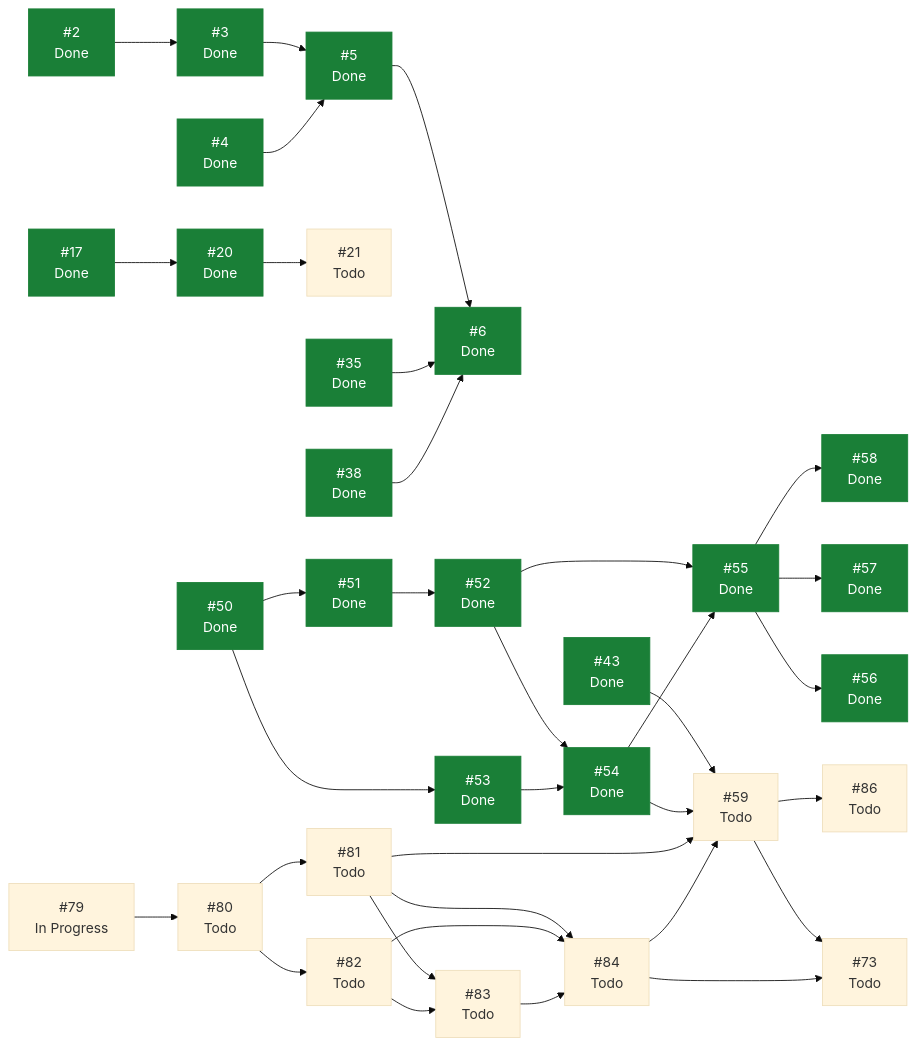
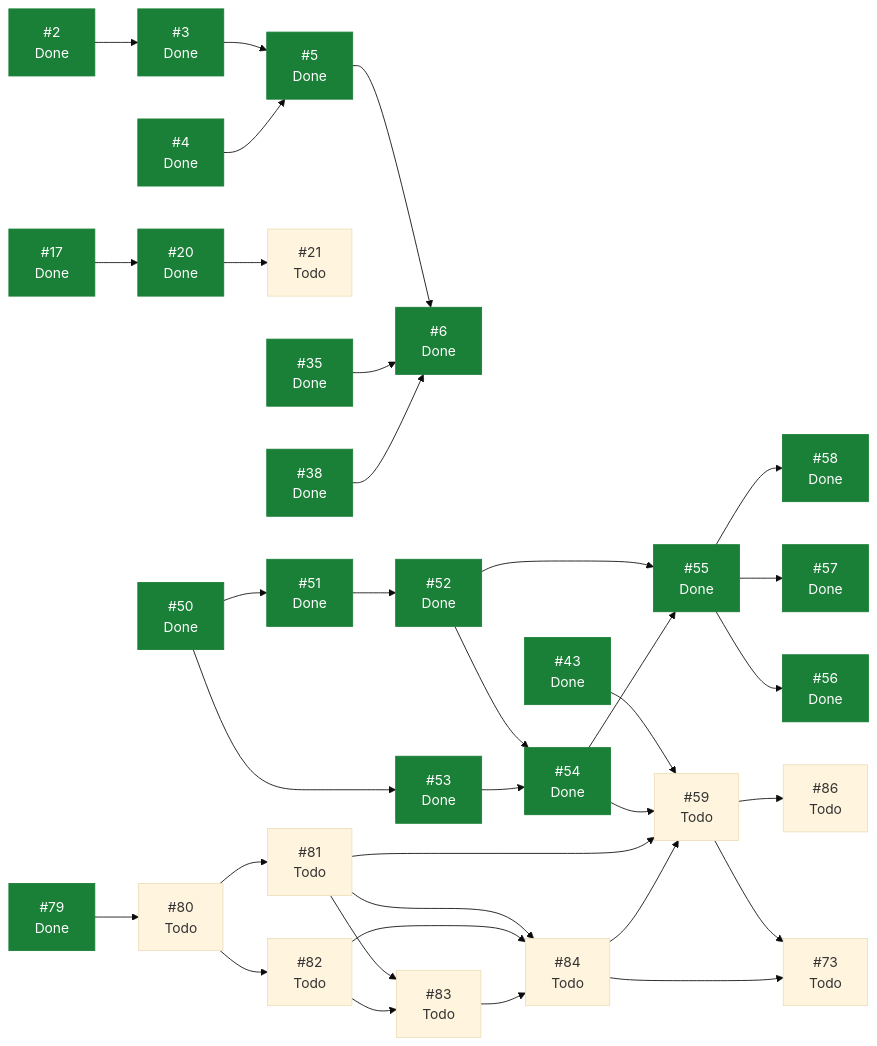
One commit to ecamp0s/evault changed the diagram in docs/planning/STATUS.md. Above: the diagram before and after it, drawn with Mermaid (base theme). The commit also changed other lines of this file, not shown here.

````diff
--- a/docs/planning/STATUS.md
+++ b/docs/planning/STATUS.md
@@ -100,67 +100,67 @@
 ```mermaid
 graph LR
   I2["#2<br/>Done"]
   I3["#3<br/>Done"]
   I4["#4<br/>Done"]
   I5["#5<br/>Done"]
   I6["#6<br/>Done"]
   I17["#17<br/>Done"]
   I20["#20<br/>Done"]
   I21["#21<br/>Todo"]
   I35["#35<br/>Done"]
   I38["#38<br/>Done"]
   I43["#43<br/>Done"]
   I50["#50<br/>Done"]
   I51["#51<br/>Done"]
   I52["#52<br/>Done"]
   I53["#53<br/>Done"]
   I54["#54<br/>Done"]
   I55["#55<br/>Done"]
   I56["#56<br/>Done"]
   I57["#57<br/>Done"]
   I58["#58<br/>Done"]
   I59["#59<br/>Todo"]
   I73["#73<br/>Todo"]
-  I79["#79<br/>In Progress"]
+  I79["#79<br/>Done"]
   I80["#80<br/>Todo"]
   I81["#81<br/>Todo"]
   I82["#82<br/>Todo"]
   I83["#83<br/>Todo"]
   I84["#84<br/>Todo"]
   I86["#86<br/>Todo"]
   I2 --> I3
   I3 --> I5
   I4 --> I5
   I5 --> I6
   I17 --> I20
   I20 --> I21
   I35 --> I6
   I38 --> I6
   I43 --> I59
   I50 --> I51
   I50 --> I53
   I51 --> I52
   I52 --> I54
   I52 --> I55
   I53 --> I54
   I54 --> I55
   I54 --> I59
   I55 --> I56
   I55 --> I57
   I55 --> I58
   I59 --> I73
   I59 --> I86
   I79 --> I80
   I80 --> I81
   I80 --> I82
   I81 --> I59
   I81 --> I83
   I81 --> I84
   I82 --> I83
   I82 --> I84
   I83 --> I84
   I84 --> I59
   I84 --> I73
   classDef hecho fill:#1a7f37,stroke:#1a7f37,color:#fff;
-  class I2,I3,I4,I5,I6,I17,I20,I35,I38,I43,I50,I51,I52,I53,I54,I55,I56,I57,I58 hecho;
+  class I2,I3,I4,I5,I6,I17,I20,I35,I38,I43,I50,I51,I52,I53,I54,I55,I56,I57,I58,I79 hecho;
 ```
````
